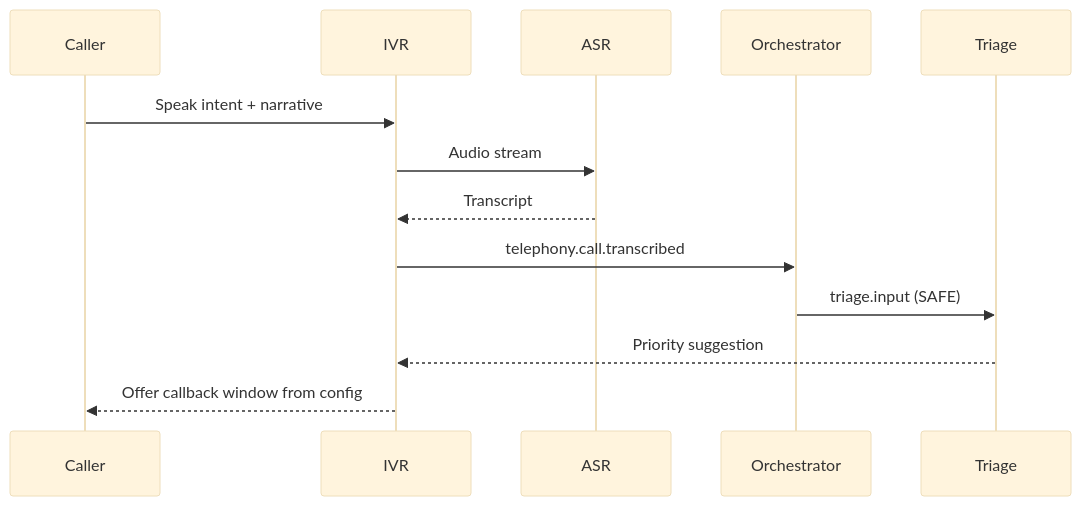
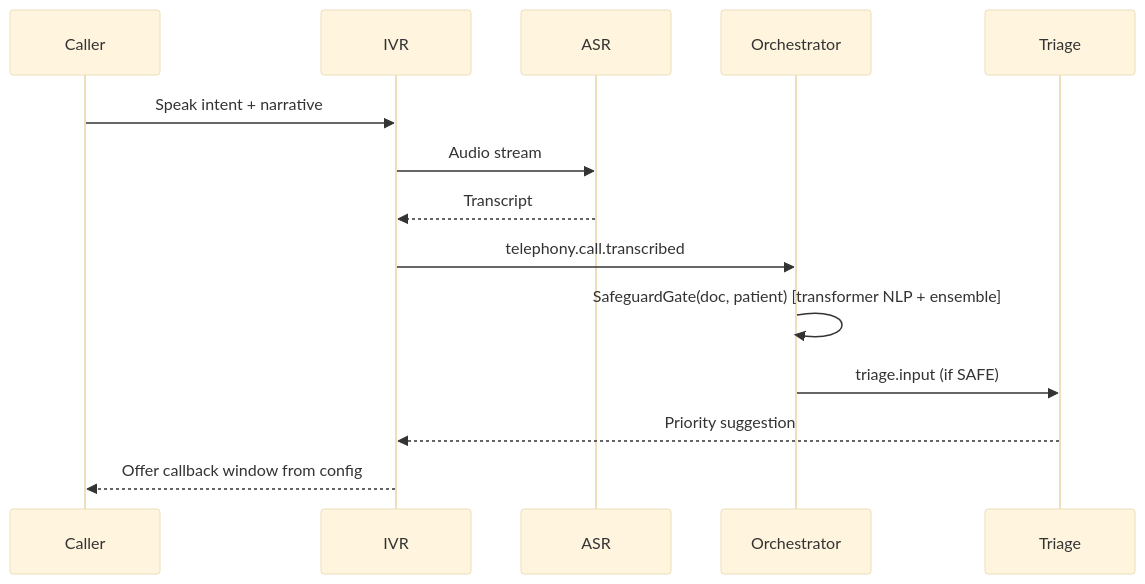
Before and after one commit to georgeahmed/onecare: the fifth of 12 diagrams in Algorithm.md, drawn with Mermaid (base theme). The commit also changed other lines of this file, not shown here.

````diff
--- a/Algorithm.md
+++ b/Algorithm.md
@@ -366,15 +411,16 @@
 ```mermaid
 sequenceDiagram
   participant Caller
   participant IVR
   participant ASR
   participant Orc as Orchestrator
   participant Tri as Triage
   Caller->>IVR: Speak intent + narrative
   IVR->>ASR: Audio stream
   ASR-->>IVR: Transcript
   IVR->>Orc: telephony.call.transcribed
-  Orc->>Tri: triage.input (SAFE)
+  Orc->>Orc: SafeguardGate(doc, patient) [transformer NLP + ensemble]
+  Orc->>Tri: triage.input (if SAFE)
   Tri-->>IVR: Priority suggestion
   IVR-->>Caller: Offer callback window from config
 ```
````
